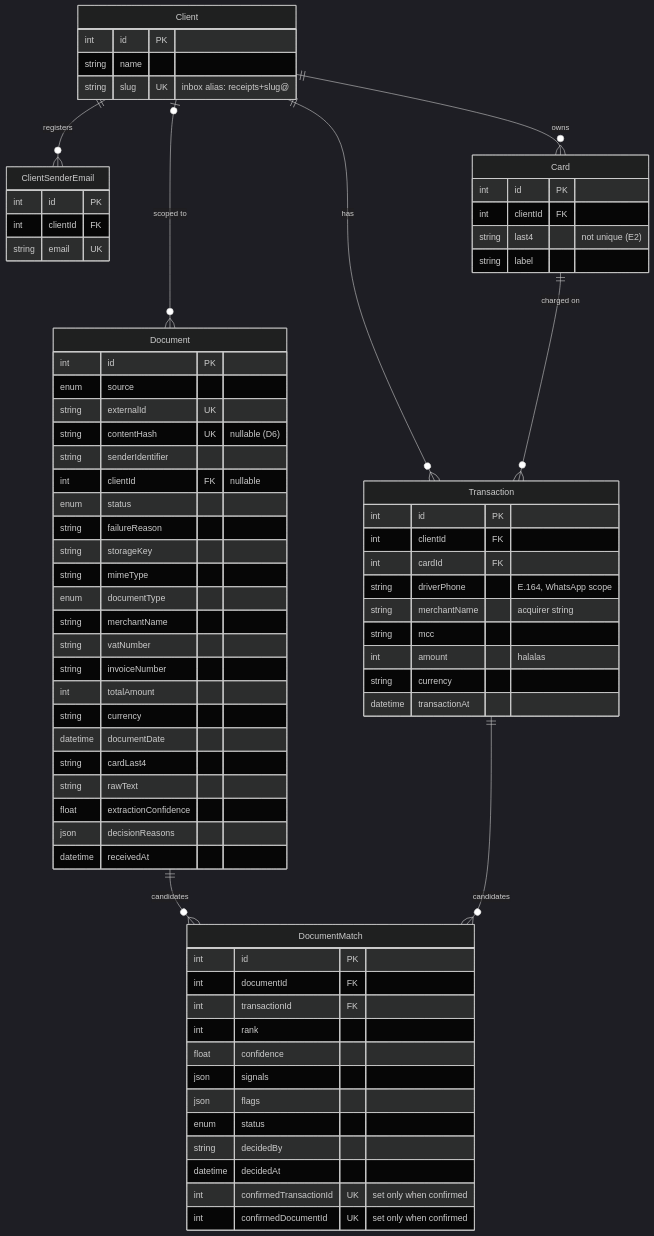
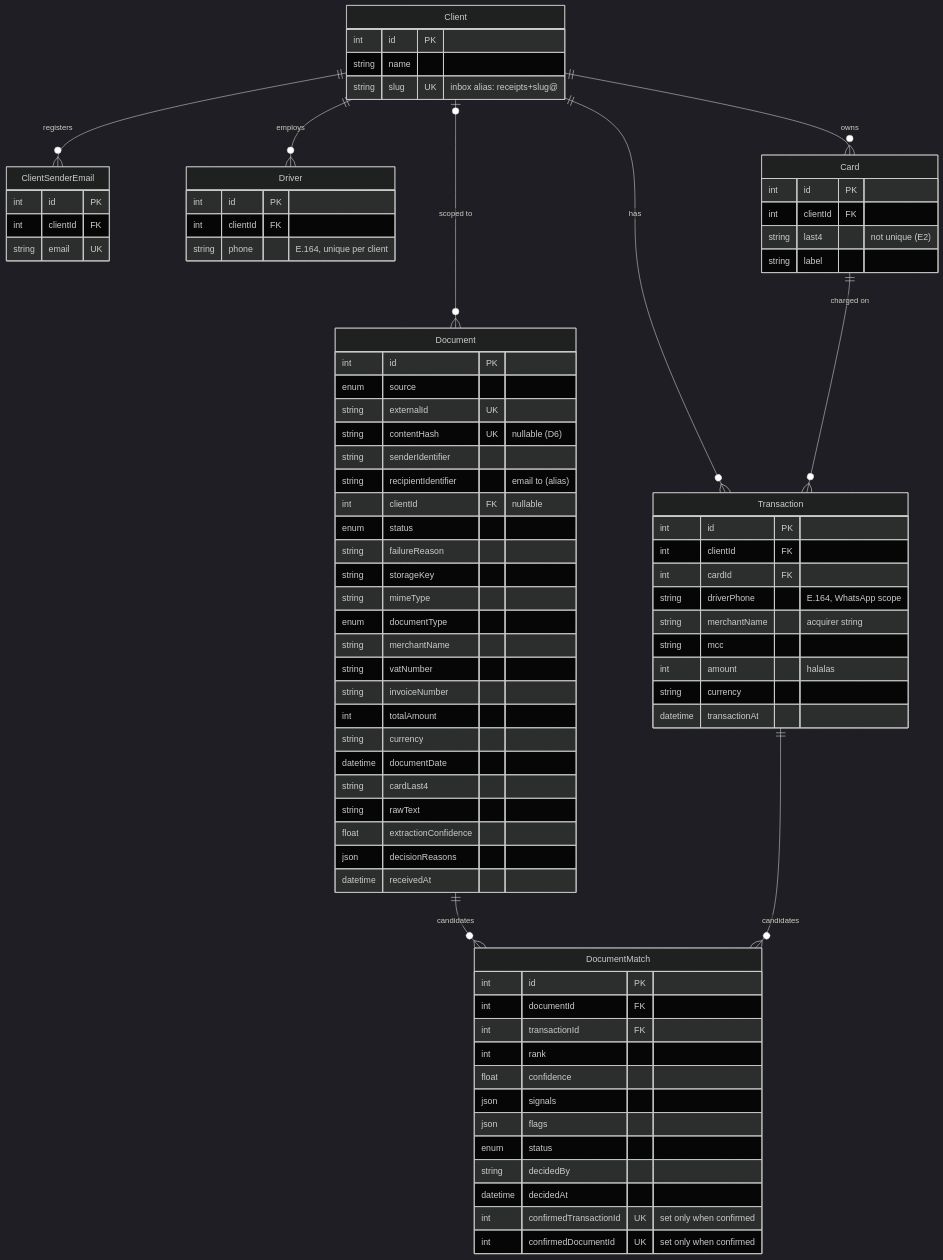
One commit to gitAbid/darb-takehome changed the second of 4 diagrams in IMPLEMENTATION.md. Above: the diagram before and after it, drawn with Mermaid (dark theme). The commit also changed other lines of this file and 38 other files, not shown here.

First line of the commit message:
feat(data): schema with DB-enforced rules, repositories, seed and test DB harness (M2)

````diff
--- a/IMPLEMENTATION.md
+++ b/IMPLEMENTATION.md
@@ -316,6 +316,7 @@
 ```mermaid
 erDiagram
   Client ||--o{ ClientSenderEmail : "registers"
+  Client ||--o{ Driver : "employs"
   Client ||--o{ Card : "owns"
   Client ||--o{ Transaction : "has"
   Card ||--o{ Transaction : "charged on"
@@ -332,6 +333,11 @@
     int id PK
     int clientId FK
     string email UK
+  }
+  Driver {
+    int id PK
+    int clientId FK
+    string phone "E.164, unique per client"
   }
   Card {
     int id PK
@@ -356,6 +362,7 @@
     string externalId UK
     string contentHash UK "nullable (D6)"
     string senderIdentifier
+    string recipientIdentifier "email to (alias)"
     int clientId FK "nullable"
     enum status
     string failureReason
````
